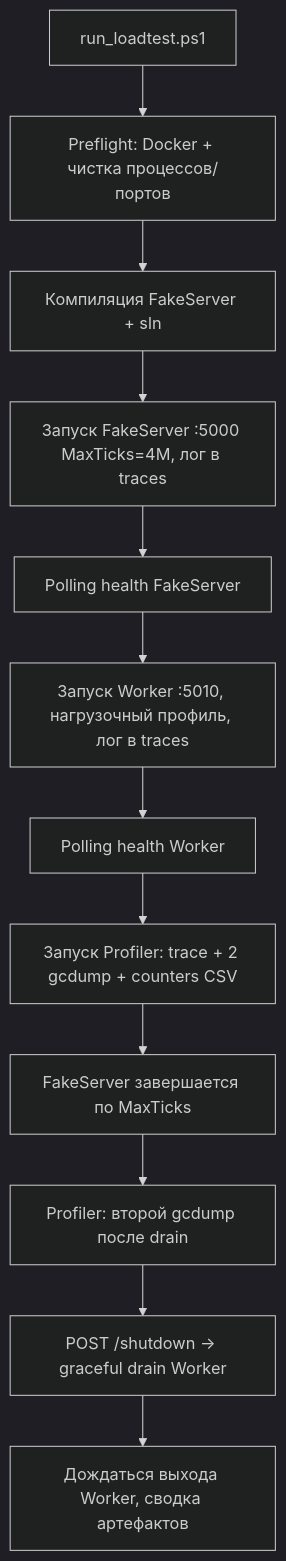
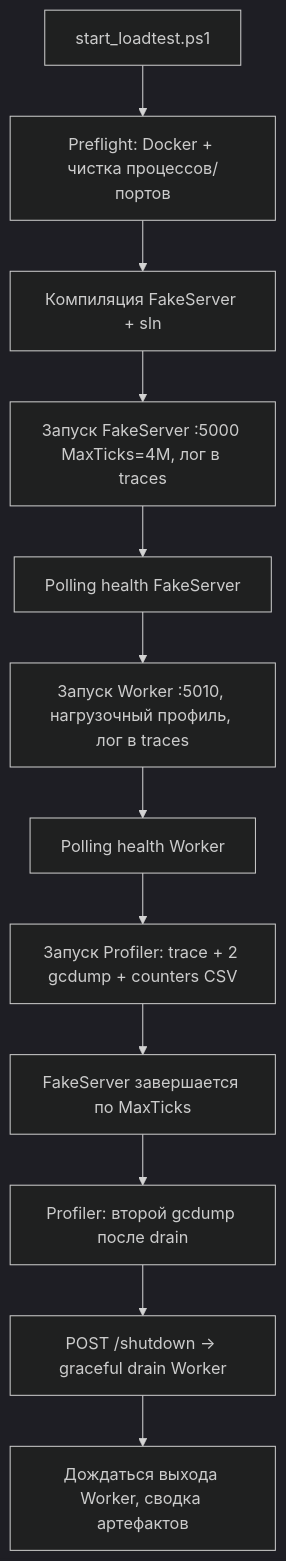
Before and after one commit to omsk1984-hub/MarketDataCollector: the diagram in plans/one-button-loadtest-orchestrator-plan.md, drawn with Mermaid (dark theme). The commit also changed other lines of this file and 10 other files, not shown here.

````diff
--- a/plans/one-button-loadtest-orchestrator-plan.md
+++ b/plans/one-button-loadtest-orchestrator-plan.md
@@ -22,14 +22,14 @@
 ```mermaid
 flowchart TD
-    A[run_loadtest.ps1] --> B[Preflight: Docker + чистка процессов/портов]
+    A[start_loadtest.ps1] --> B[Preflight: Docker + чистка процессов/портов]
     B --> C[Компиляция FakeServer + sln]
     C --> D[Запуск FakeServer :5000 MaxTicks=4M, лог в traces]
     D --> E[Polling health FakeServer]
     E --> F[Запуск Worker :5010, нагрузочный профиль, лог в traces]
     F --> G[Polling health Worker]
     G --> H[Запуск Profiler: trace + 2 gcdump + counters CSV]
     H --> I[FakeServer завершается по MaxTicks]
     I --> J[Profiler: второй gcdump после drain]
     J --> K[POST /shutdown -> graceful drain Worker]
     K --> L[Дождаться выхода Worker, сводка артефактов]
 ```
````
